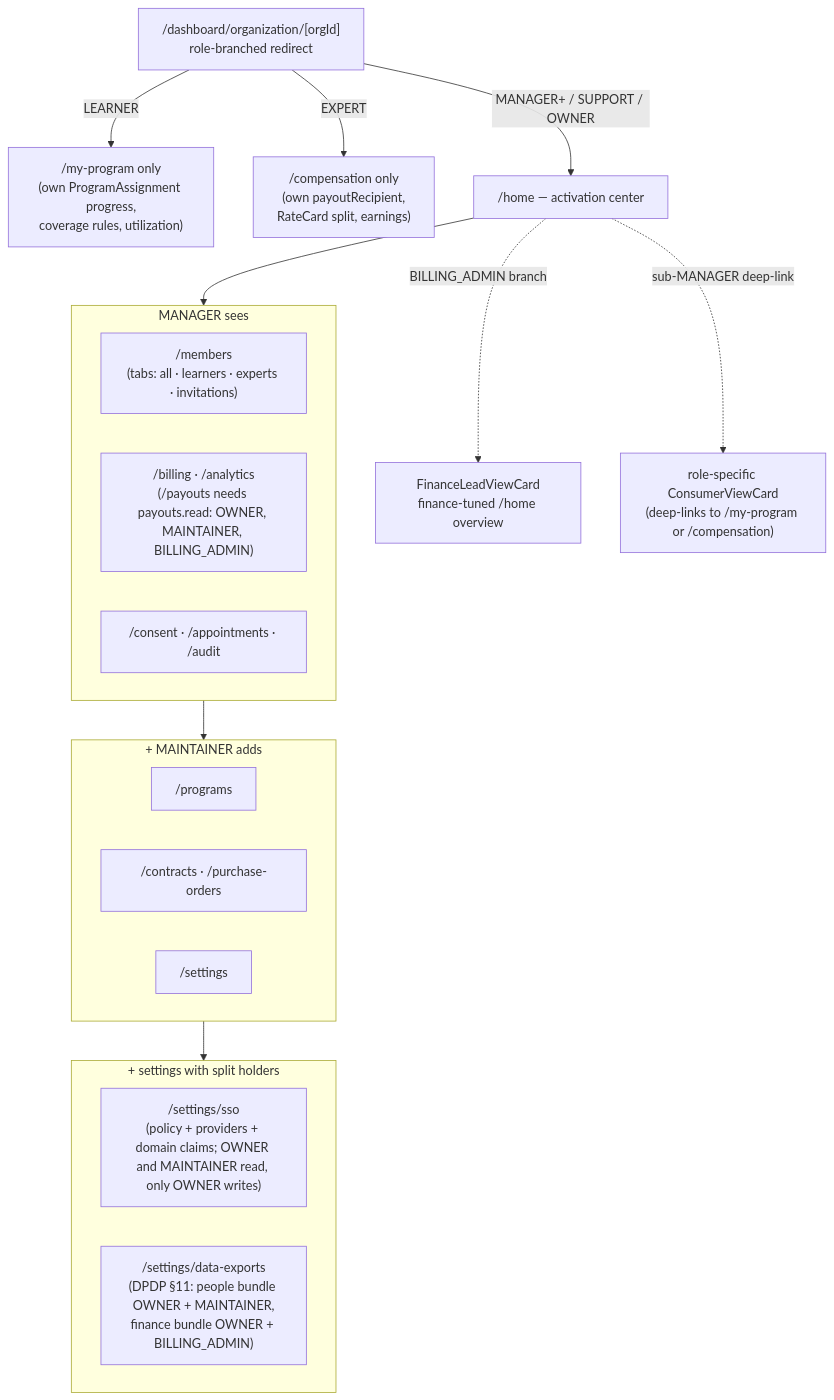
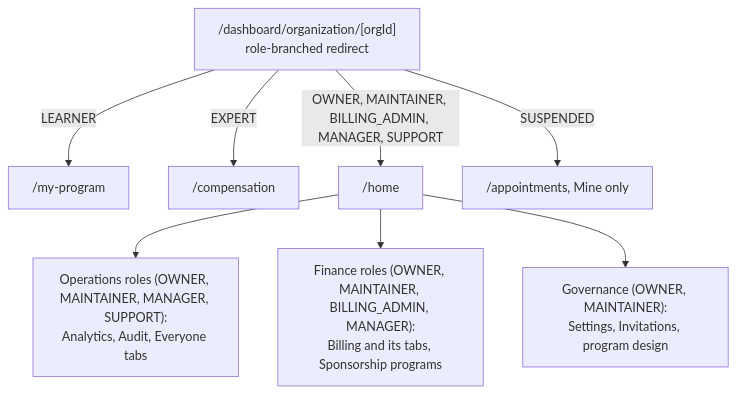
The diagram in docs/enterprise/30-programs-and-lifecycle/04-dashboard-pages.md (Practitionist/familiarise_web), drawn with Mermaid before and after one commit. The commit also changed other lines of this file and 8 other files, not shown here.

````diff
--- a/docs/enterprise/30-programs-and-lifecycle/04-dashboard-pages.md
+++ b/docs/enterprise/30-programs-and-lifecycle/04-dashboard-pages.md
@@ -212,29 +179,12 @@
 ```mermaid
 flowchart TD
   ENTRY["/dashboard/organization/[orgId]<br/>role-branched redirect"]
-  ENTRY -->|LEARNER| LRN["/my-program only<br/>(own ProgramAssignment progress,<br/>coverage rules, utilization)"]
-  ENTRY -->|EXPERT| EXP["/compensation only<br/>(own payoutRecipient,<br/>RateCard split, earnings)"]
-  ENTRY -->|MANAGER+ / SUPPORT / OWNER| HOME["/home — activation center"]
+  ENTRY -->|LEARNER| LRN["/my-program"]
+  ENTRY -->|EXPERT| EXP["/compensation"]
+  ENTRY -->|OWNER, MAINTAINER, BILLING_ADMIN, MANAGER, SUPPORT| HOME["/home"]
+  ENTRY -->|SUSPENDED| SUS["/appointments, Mine only"]
 
-  subgraph MGR["MANAGER sees"]
-    direction LR
-    M1["/members<br/>(tabs: all · learners · experts · invitations)"]
-    M2["/billing · /analytics<br/>(/payouts needs payouts.read: OWNER, MAINTAINER, BILLING_ADMIN)"]
-    M3["/consent · /appointments · /audit"]
-  end
-  subgraph MNT["+ MAINTAINER adds"]
-    direction LR
-    T1["/programs"]
-    T2["/contracts · /purchase-orders"]
-    T3["/settings"]
-  end
-  subgraph OWN["+ settings with split holders"]
-    direction LR
-    O1["/settings/sso<br/>(policy + providers + domain claims; OWNER and MAINTAINER read, only OWNER writes)"]
-    O2["/settings/data-exports<br/>(DPDP §11: people bundle OWNER + MAINTAINER,<br/>finance bundle OWNER + BILLING_ADMIN)"]
-  end
-  HOME --> MGR --> MNT --> OWN
-
-  HOME -.->|BILLING_ADMIN branch| FIN["FinanceLeadViewCard<br/>finance-tuned /home overview"]
-  HOME -.->|sub-MANAGER deep-link| CON["role-specific ConsumerViewCard<br/>(deep-links to /my-program or /compensation)"]
+  HOME --> OPS["Operations roles (OWNER, MAINTAINER, MANAGER, SUPPORT):<br/>Analytics, Audit, Everyone tabs"]
+  HOME --> FIN["Finance roles (OWNER, MAINTAINER, BILLING_ADMIN, MANAGER):<br/>Billing and its tabs, Sponsorship programs"]
+  HOME --> GOV["Governance (OWNER, MAINTAINER):<br/>Settings, Invitations, program design"]
 ```
````
